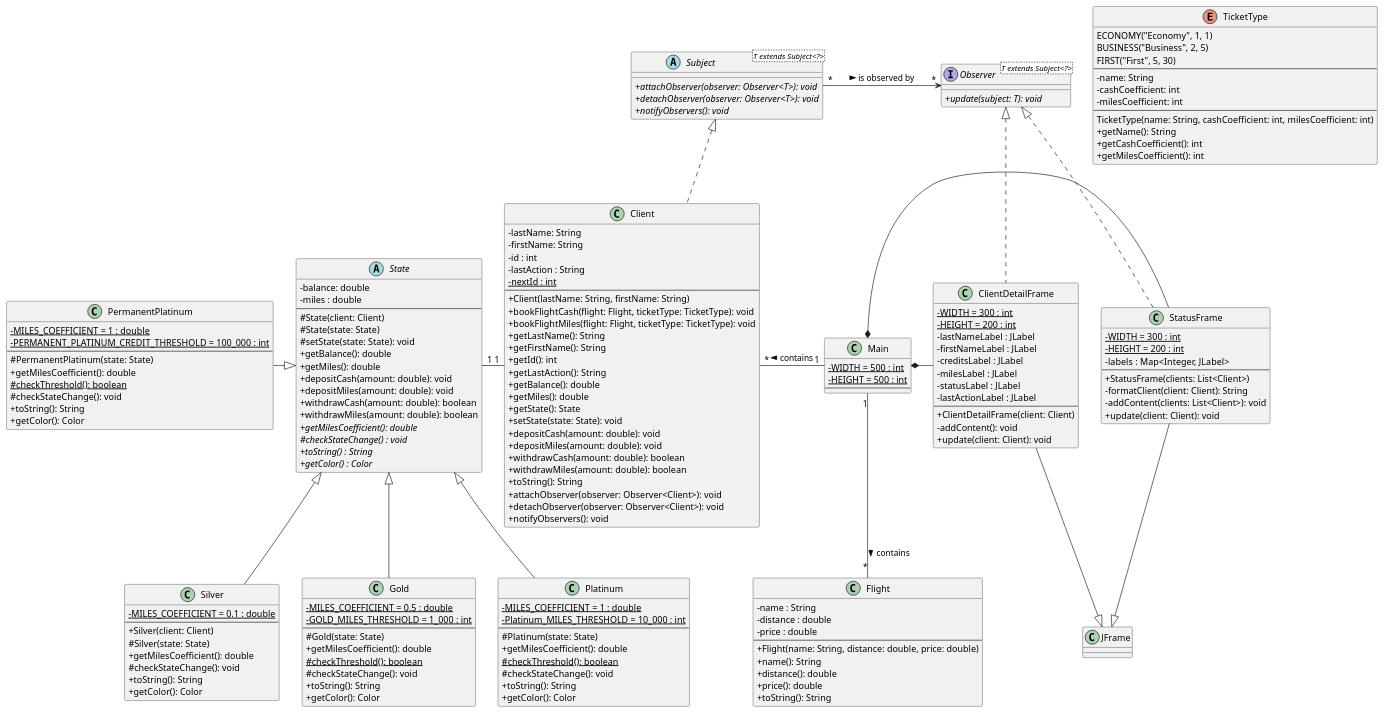
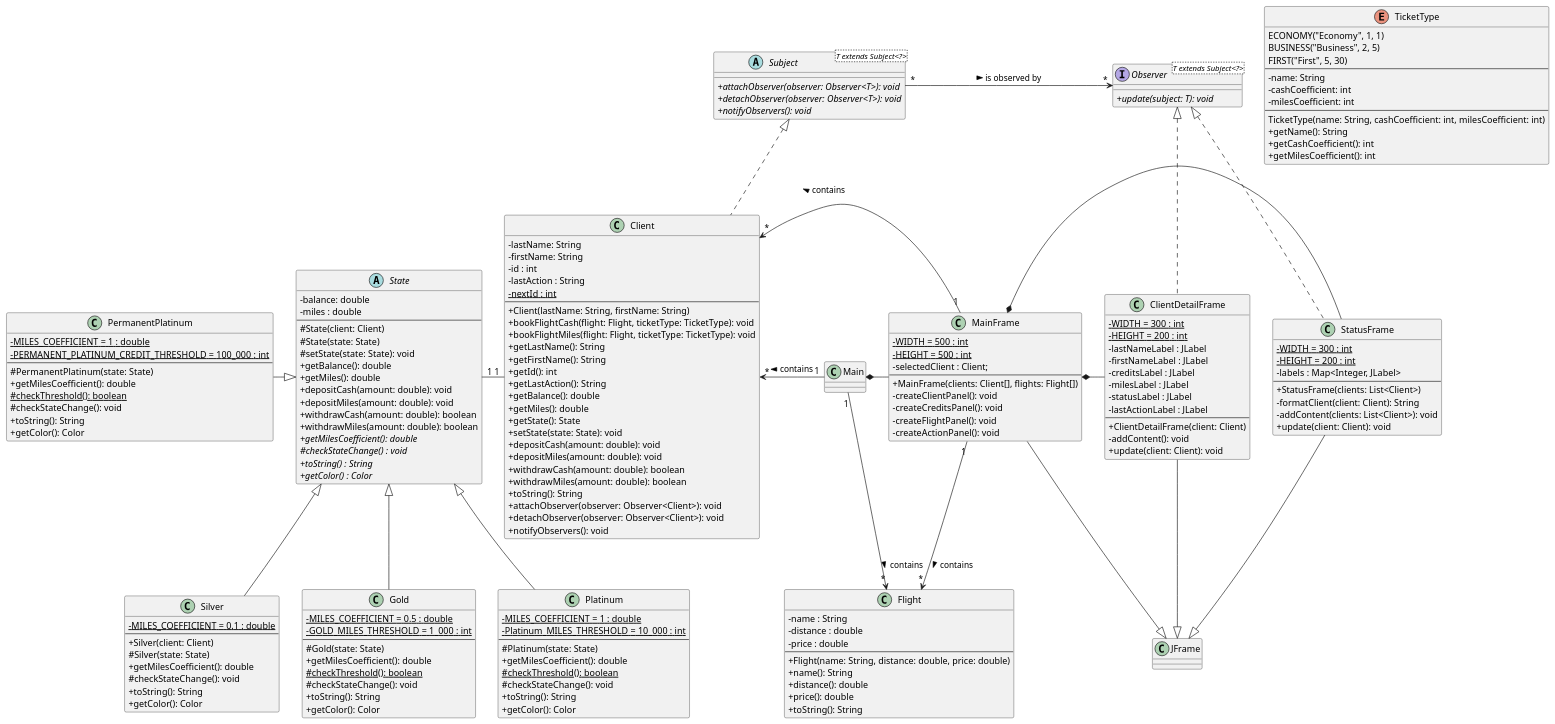
One commit to LeonardJouve/mcr-02 changed the diagram in uml/class_diagram.puml. Above: the diagram before and after it, drawn with PlantUML. The commit also changed 3 other files, not shown here.

Commit message:
isolate main frame

```diff
--- a/uml/class_diagram.puml
+++ b/uml/class_diagram.puml
@@ -139,10 +139,18 @@
 
 class JFrame {}
 
-class Main {
+class Main {}
+
+class MainFrame {
     {static} - WIDTH = 500 : int
     {static} - HEIGHT = 500 : int
+    - selectedClient : Client;
     --
+    + MainFrame(clients: Client[], flights: Flight[])
+    - createClientPanel(): void
+    - createCreditsPanel(): void
+    - createFlightPanel(): void
+    - createActionPanel(): void
 }
 
 class ClientDetailFrame {
@@ -173,13 +181,18 @@
 
 Subject <|.down. Client
 
-Main "1" -left- "*" Client : contains >
-Main "1" -down- "*" Flight : contains >
-Main *-right- ClientDetailFrame
-Main *-right- StatusFrame
+Main "1" -left-> "*" Client : contains >
+Main "1" -down-> "*" Flight : contains >
+Main *-right- MainFrame
+
+MainFrame "1" -left-> "*" Client : contains >
+MainFrame "1" -down-> "*" Flight : contains >
+MainFrame *-right- ClientDetailFrame
+MainFrame *-right- StatusFrame
 
 JFrame <|-up- ClientDetailFrame
 JFrame <|-up- StatusFrame
+JFrame <|-up- MainFrame
 
 Observer <|.. ClientDetailFrame
 Observer <|.. StatusFrame
```
